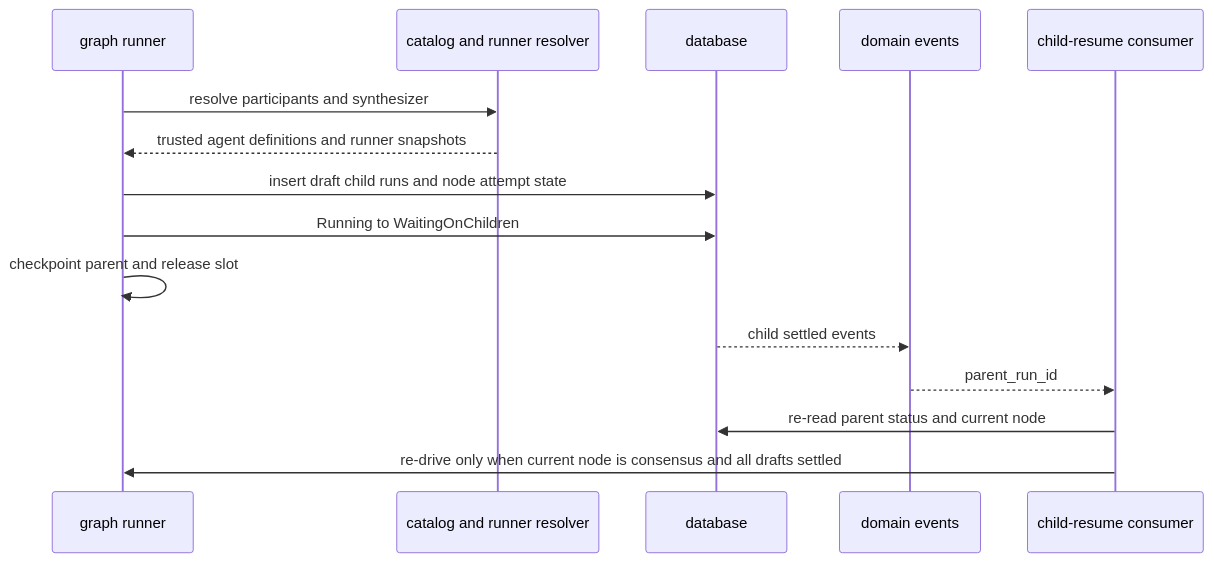
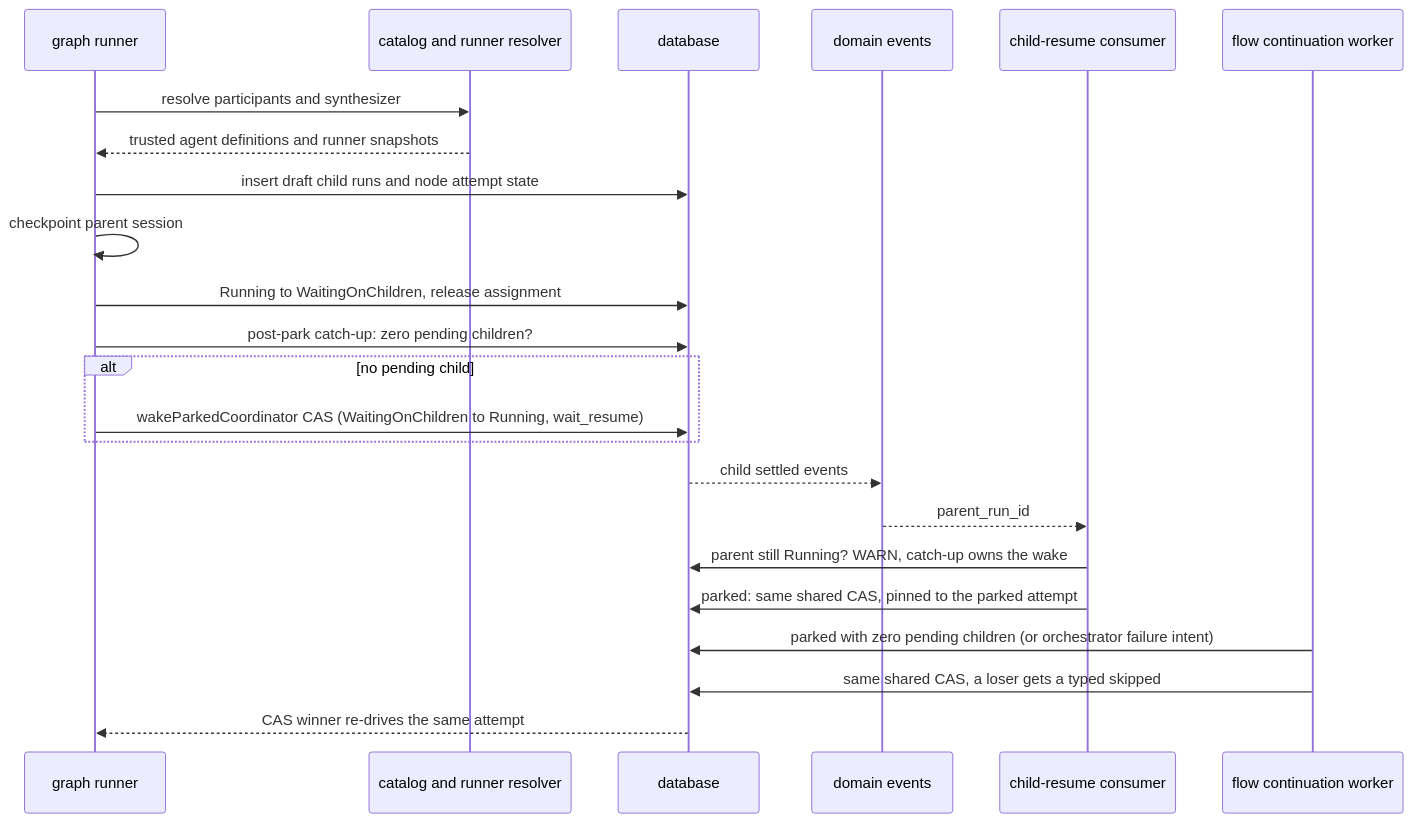
The second of 4 diagrams in docs/system-analytics/consensus.md (maister-dev/maister), drawn with Mermaid before and after one commit. The commit also changed other lines of this file and 88 other files, not shown here.

````diff
--- a/docs/system-analytics/consensus.md
+++ b/docs/system-analytics/consensus.md
@@ -94,17 +112,25 @@
 ```mermaid
 sequenceDiagram
     participant R as graph runner
     participant C as catalog and runner resolver
     participant DB as database
     participant BUS as domain events
     participant RES as child-resume consumer
+    participant W as flow continuation worker
     R->>C: resolve participants and synthesizer
     C-->>R: trusted agent definitions and runner snapshots
     R->>DB: insert draft child runs and node attempt state
-    R->>DB: Running to WaitingOnChildren
-    R->>R: checkpoint parent and release slot
+    R->>R: checkpoint parent session
+    R->>DB: Running to WaitingOnChildren, release assignment
+    R->>DB: post-park catch-up: zero pending children?
+    alt no pending child
+        R->>DB: wakeParkedCoordinator CAS (WaitingOnChildren to Running, wait_resume)
+    end
     DB-->>BUS: child settled events
     BUS-->>RES: parent_run_id
-    RES->>DB: re-read parent status and current node
-    RES->>R: re-drive only when current node is consensus and all drafts settled
+    RES->>DB: parent still Running? WARN, catch-up owns the wake
+    RES->>DB: parked: same shared CAS, pinned to the parked attempt
+    W->>DB: parked with zero pending children (or orchestrator failure intent)
+    W->>DB: same shared CAS, a loser gets a typed skipped
+    DB-->>R: CAS winner re-drives the same attempt
 ```
````
